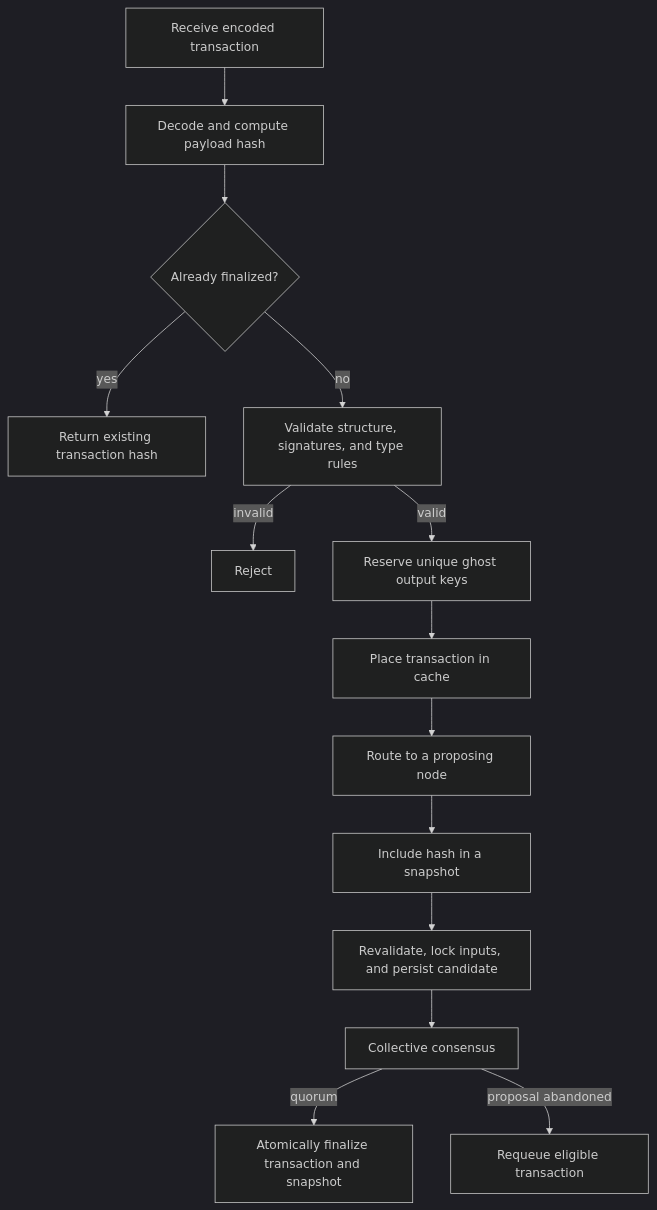
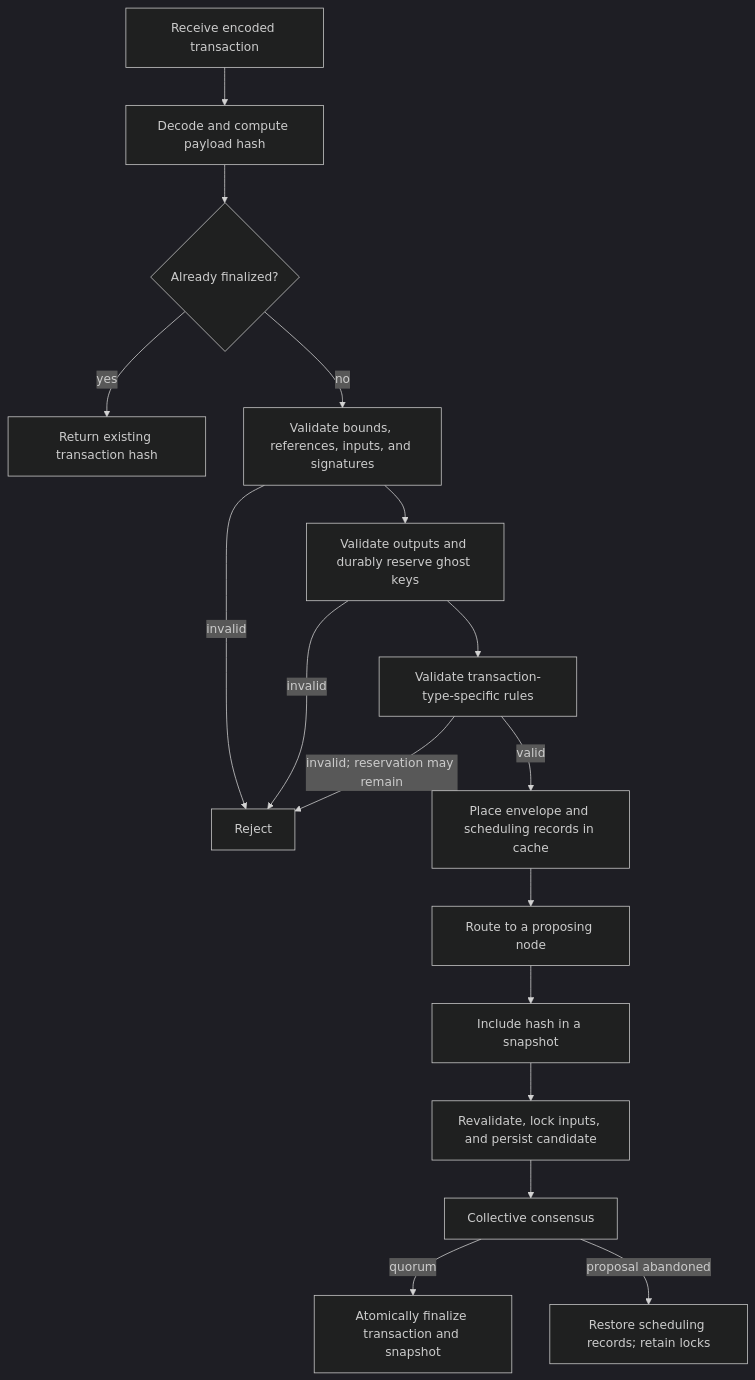
One commit to MixinNetwork/mixin changed the second of 6 diagrams in doc/mixin-kernel-technical-paper.md. Above: the diagram before and after it, drawn with Mermaid (dark theme). The commit also changed other lines of this file and 1 other file, not shown here.

````diff
--- a/doc/mixin-kernel-technical-paper.md
+++ b/doc/mixin-kernel-technical-paper.md
@@ -164,16 +170,19 @@
 ```mermaid
 flowchart TD
     A[Receive encoded transaction] --> B[Decode and compute payload hash]
     B --> C{Already finalized?}
     C -->|yes| Z[Return existing transaction hash]
-    C -->|no| D[Validate structure, signatures, and type rules]
+    C -->|no| D[Validate bounds, references, inputs, and signatures]
     D -->|invalid| X[Reject]
-    D -->|valid| E[Reserve unique ghost output keys]
-    E --> F[Place transaction in cache]
+    D --> E[Validate outputs and durably reserve ghost keys]
+    E -->|invalid| X
+    E --> T[Validate transaction-type-specific rules]
+    T -->|invalid; reservation may remain| X
+    T -->|valid| F[Place envelope and scheduling records in cache]
     F --> G[Route to a proposing node]
     G --> H[Include hash in a snapshot]
     H --> L[Revalidate, lock inputs, and persist candidate]
     L --> I[Collective consensus]
     I -->|quorum| J[Atomically finalize transaction and snapshot]
-    I -->|proposal abandoned| K[Requeue eligible transaction]
+    I -->|proposal abandoned| K[Restore scheduling records; retain locks]
 ```
````
